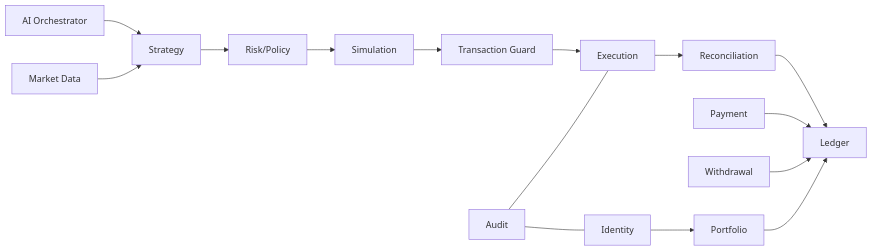
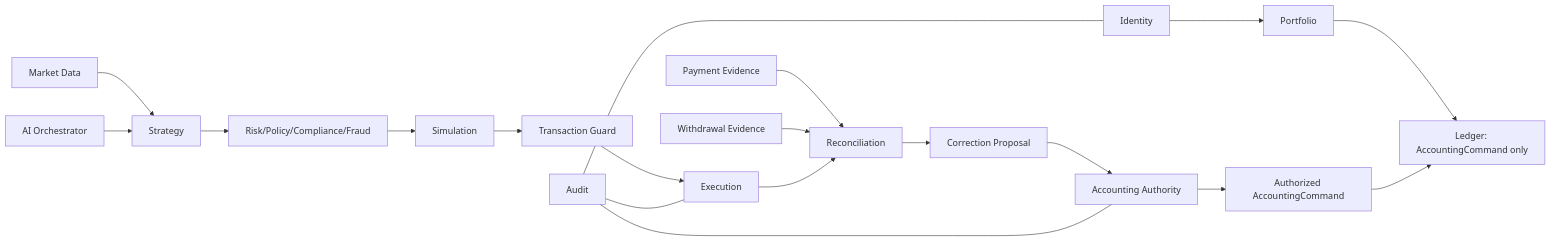
One commit to stoltembergg-png/crypto-automation-platform changed the diagram in docs/architecture/diagrams/COMPONENTS.mmd. Above: the diagram before and after it, drawn with Mermaid. The commit also changed 32 other files, not shown here.

First line of the commit message:
docs: apply adversarial closure amendments to specs, diagrams, queue, and tests

```diff
--- a/docs/architecture/diagrams/COMPONENTS.mmd
+++ b/docs/architecture/diagrams/COMPONENTS.mmd
@@ -1,15 +1,19 @@
 flowchart LR
   ID[Identity]-->PORT[Portfolio]
-  PORT-->LED[Ledger]
-  PAY[Payment]-->LED
-  WD[Withdrawal]-->LED
+  PORT-->LED[Ledger: AccountingCommand only]
+  PAY[Payment Evidence]-->REC[Reconciliation]
+  WD[Withdrawal Evidence]-->REC
   MD[Market Data]-->STR[Strategy]
   AI[AI Orchestrator]-->STR
-  STR-->RISK[Risk/Policy]
+  STR-->RISK[Risk/Policy/Compliance/Fraud]
   RISK-->SIM[Simulation]
   SIM-->GUARD[Transaction Guard]
   GUARD-->EXEC[Execution]
-  EXEC-->REC[Reconciliation]
-  REC-->LED
+  EXEC-->REC
+  REC-->CP[Correction Proposal]
+  CP-->AA[Accounting Authority]
+  AA-->AC[Authorized AccountingCommand]
+  AC-->LED
   AUD[Audit]---ID
   AUD---EXEC
+  AUD---AA
```
